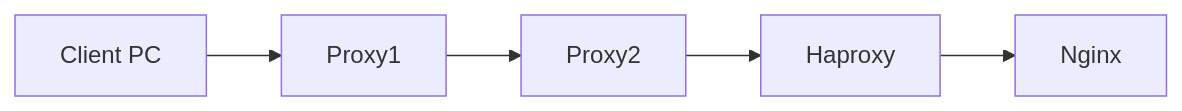
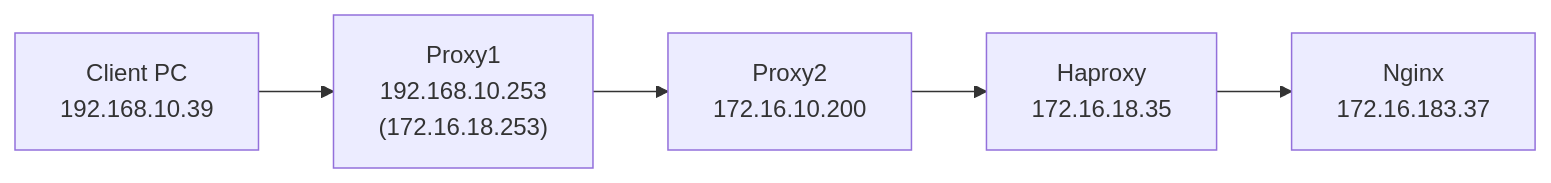
One commit to QubitSecurity/howto changed the first of 2 diagrams in os/rocky9/app/haproxy/xff-config-isssued.md. Above: the diagram before and after it, drawn with Mermaid.

````diff
--- a/os/rocky9/app/haproxy/xff-config-isssued.md
+++ b/os/rocky9/app/haproxy/xff-config-isssued.md
@@ -9,11 +9,11 @@
 ```mermaid
 graph LR;
-   Client[Client PC]
-   Proxy1[Proxy1]
-   Proxy2[Proxy2]
-   Haproxy[Haproxy]
-   WEB[Nginx]
+   Client[Client PC<br>192.168.10.39]
+   Proxy1["Proxy1<br>192.168.10.253<br>(172.16.18.253)"]
+   Proxy2[Proxy2<br>172.16.10.200]
+   Haproxy[Haproxy<br>172.16.18.35]
+   WEB[Nginx<br>172.16.183.37]
         
    Client --> Proxy1 --> Proxy2 --> Haproxy --> WEB
 
 ```
````
